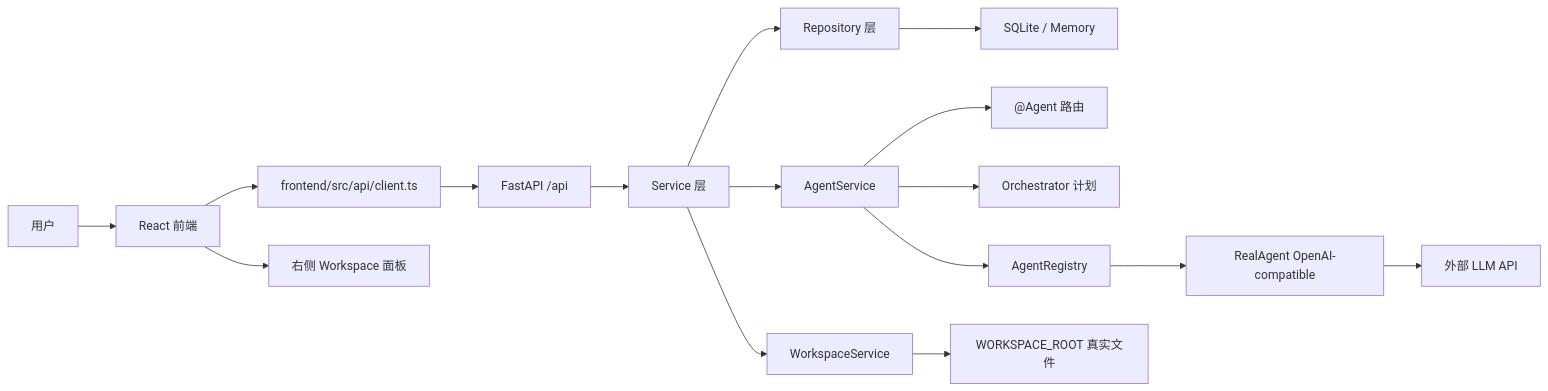
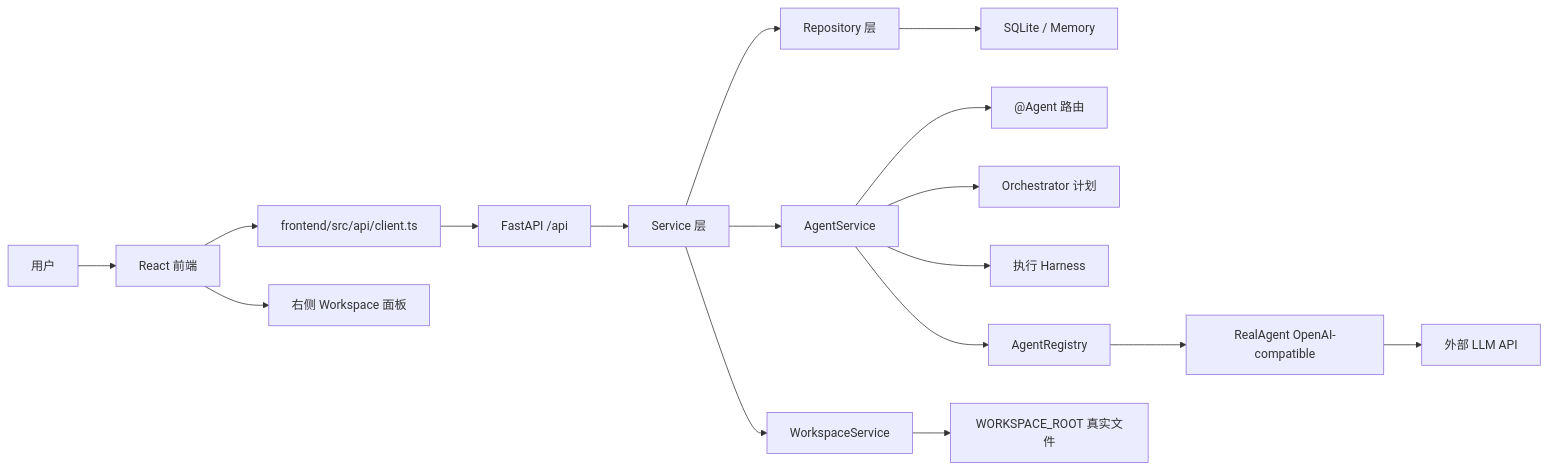
One commit to Gc128/AgentHub changed the diagram in docs/project-architecture.md. Above: the diagram before and after it, drawn with Mermaid. The commit also changed other lines of this file and 48 other files, not shown here.

````diff
--- a/docs/project-architecture.md
+++ b/docs/project-architecture.md
@@ -42,18 +42,19 @@
 ```mermaid
 flowchart LR
     User["用户"] --> UI["React 前端"]
     UI --> Client["frontend/src/api/client.ts"]
     Client --> API["FastAPI /api"]
     API --> Services["Service 层"]
     Services --> Repos["Repository 层"]
     Repos --> DB["SQLite / Memory"]
     Services --> AgentService["AgentService"]
     AgentService --> Router["@Agent 路由"]
     AgentService --> Planner["Orchestrator 计划"]
+    AgentService --> Harness["执行 Harness"]
     AgentService --> Registry["AgentRegistry"]
     Registry --> RealAgent["RealAgent OpenAI-compatible"]
     RealAgent --> LLM["外部 LLM API"]
     Services --> Workspace["WorkspaceService"]
     Workspace --> FS["WORKSPACE_ROOT 真实文件"]
     UI --> WorkspacePanel["右侧 Workspace 面板"]
 ```
````
